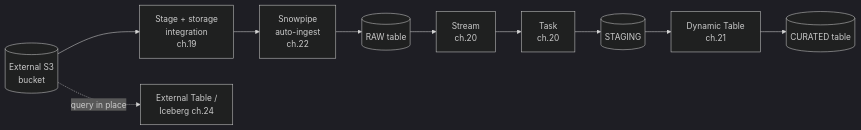
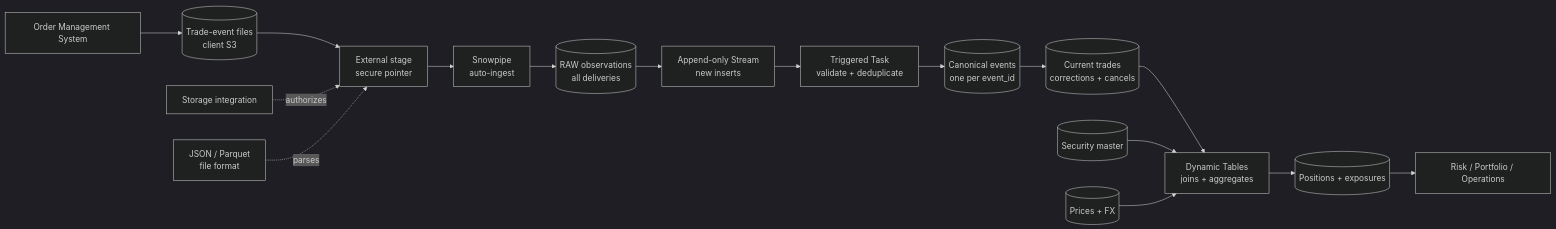
Before and after one commit to shonningsoy/Upskill: the first of 2 diagrams in 01 Snowflake/04 Data Engineering/24.5 Bonus chapter Data from A-Z.md, drawn with Mermaid (dark theme). The commit also changed other lines of this file and 5 other files, not shown here.

````diff
--- a/01 Snowflake/04 Data Engineering/24.5 Bonus chapter Data from A-Z.md
+++ b/01 Snowflake/04 Data Engineering/24.5 Bonus chapter Data from A-Z.md
@@ -57,12 +72,18 @@
 ```mermaid
 flowchart LR
-    S3[(External S3<br/>bucket)] --> ST[Stage + storage<br/>integration<br/>ch.19]
-    ST --> SP[Snowpipe<br/>auto-ingest<br/>ch.22]
-    SP --> RAW[(RAW table)]
-    RAW --> STR[Stream<br/>ch.20]
-    STR --> TSK[Task<br/>ch.20]
-    TSK --> STG[(STAGING)]
-    STG --> DT[Dynamic Table<br/>ch.21]
-    DT --> CUR[(CURATED table)]
-    S3 -.query in place.-> EXT[External Table /<br/>Iceberg ch.24]
+    OMS[Order Management System] --> S3[(Trade-event files<br/>client S3)]
+    S3 --> STG[External stage<br/>secure pointer]
+    INT[Storage integration] -.authorizes.-> STG
+    FF[JSON / Parquet<br/>file format] -.parses.-> STG
+    STG --> SP[Snowpipe<br/>auto-ingest]
+    SP --> RAW[(RAW observations<br/>all deliveries)]
+    RAW --> STR[Append-only Stream<br/>new inserts]
+    STR --> TSK[Triggered Task<br/>validate + deduplicate]
+    TSK --> CAN[(Canonical events<br/>one per event_id)]
+    CAN --> CURR[(Current trades<br/>corrections + cancels)]
+    CURR --> DT[Dynamic Tables<br/>joins + aggregates]
+    SEC[(Security master)] --> DT
+    PX[(Prices + FX)] --> DT
+    DT --> OUT[(Positions + exposures)]
+    OUT --> USERS[Risk / Portfolio / Operations]
 ```
````
